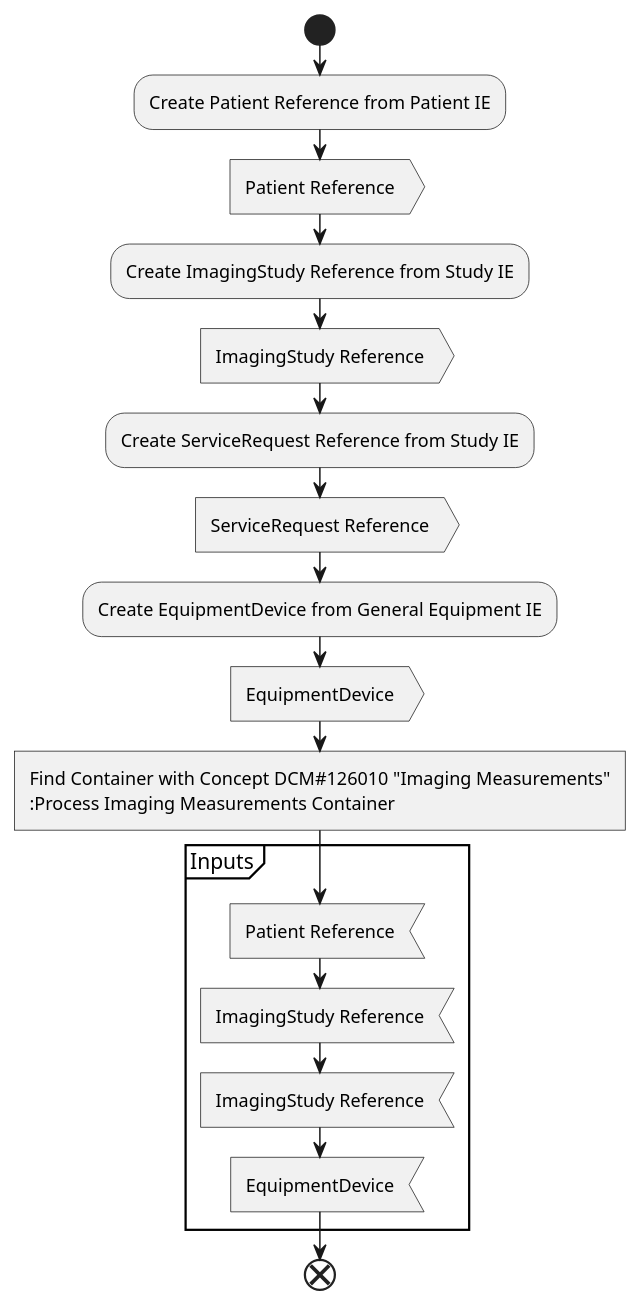
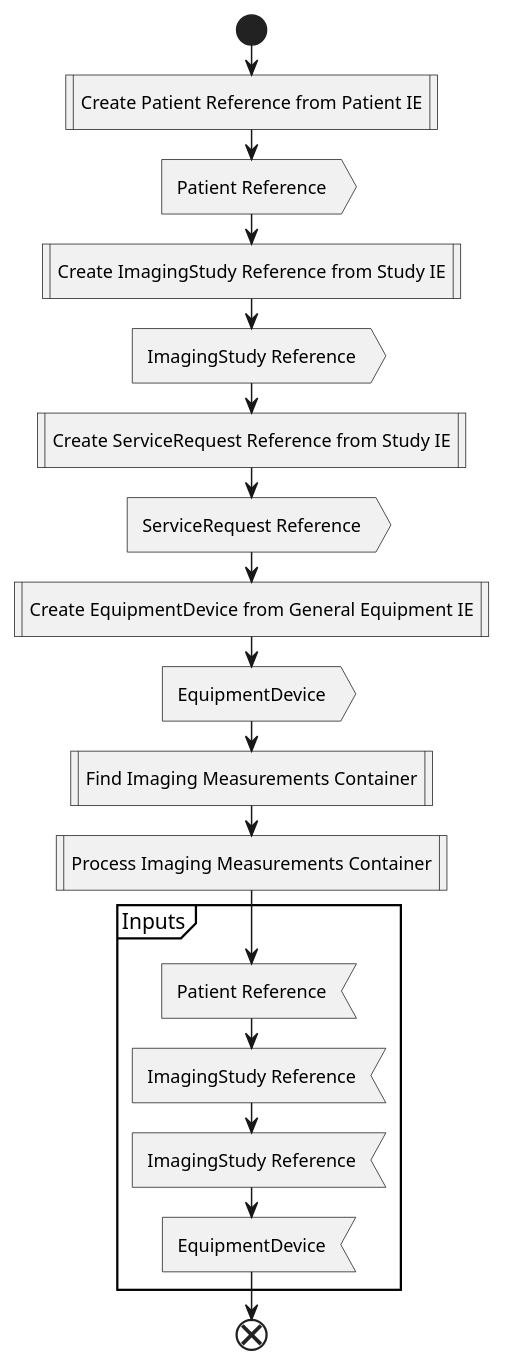
Before and after one commit to HL7/dicom-sr: the diagram in input/images-source/dicom_sr_workflow.plantuml, drawn with PlantUML. The commit also changed 3 other files, not shown here.

Commit message:
- Workflow diagram updates

```diff
--- a/input/images-source/dicom_sr_workflow.plantuml
+++ b/input/images-source/dicom_sr_workflow.plantuml
@@ -1,21 +1,21 @@
 @startuml dicom_sr_workflow
 start
-:Create Patient Reference from Patient IE;
+:Create Patient Reference from Patient IE|
 :Patient Reference>
-:Create ImagingStudy Reference from Study IE;
+:Create ImagingStudy Reference from Study IE|
 :ImagingStudy Reference>
-:Create ServiceRequest Reference from Study IE;
+:Create ServiceRequest Reference from Study IE|
 :ServiceRequest Reference>
-:Create EquipmentDevice from General Equipment IE;
+:Create EquipmentDevice from General Equipment IE|
 :EquipmentDevice>
-:Find Container with Concept DCM#126010 "Imaging Measurements"
-:Process Imaging Measurements Container]
+:Find Imaging Measurements Container|
+:Process Imaging Measurements Container|
 partition "Inputs" {
     :Patient Reference<
     :ImagingStudy Reference<
     :ImagingStudy Reference<
     :EquipmentDevice<
 }
 end
 
 @enduml
```
